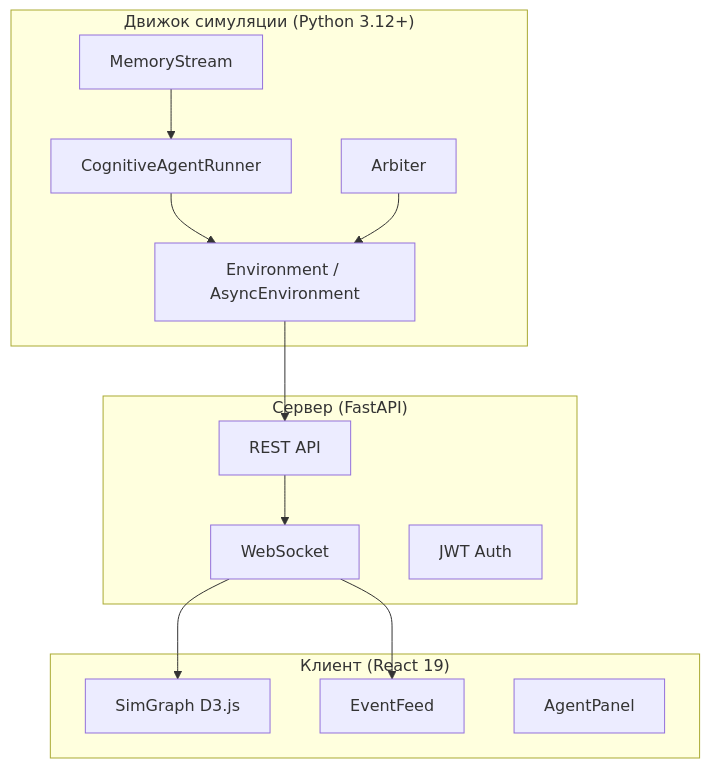
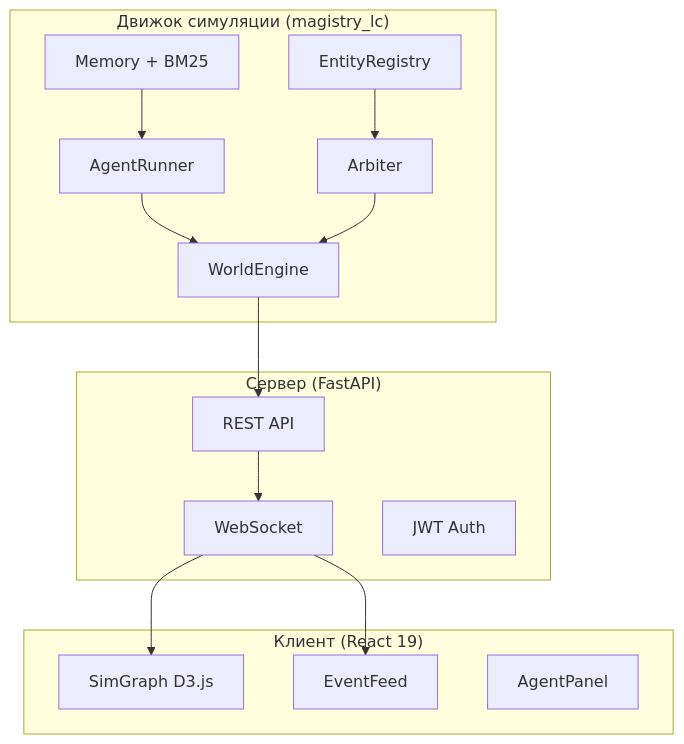
Before and after one commit to gliseop/SPHERE: the diagram in README.md, drawn with Mermaid. The commit also changed other lines of this file and 5 other files, not shown here.

````diff
--- a/README.md
+++ b/README.md
@@ -87,29 +53,31 @@
 ```mermaid
 graph TB
-    subgraph Движок["Движок симуляции (Python 3.12+)"]
-        ENV[Environment / AsyncEnvironment]
-        COG[CognitiveAgentRunner]
-        MEM[MemoryStream]
+    subgraph Движок["Движок симуляции (magistry_lc)"]
+        ENGINE[WorldEngine]
+        AGENT[AgentRunner]
         ARB[Arbiter]
+        MEM[Memory + BM25]
+        ENT[EntityRegistry]
     end
 
     subgraph Сервер["Сервер (FastAPI)"]
         REST[REST API]
         WS[WebSocket]
         AUTH[JWT Auth]
     end
 
     subgraph Клиент["Клиент (React 19)"]
         GRAPH[SimGraph D3.js]
         FEED[EventFeed]
         PANEL[AgentPanel]
     end
 
-    ENV --> REST
+    ENGINE --> REST
     REST --> WS
     WS --> GRAPH
     WS --> FEED
-    COG --> ENV
-    MEM --> COG
-    ARB --> ENV
+    AGENT --> ENGINE
+    MEM --> AGENT
+    ARB --> ENGINE
+    ENT --> ARB
 ```
````
